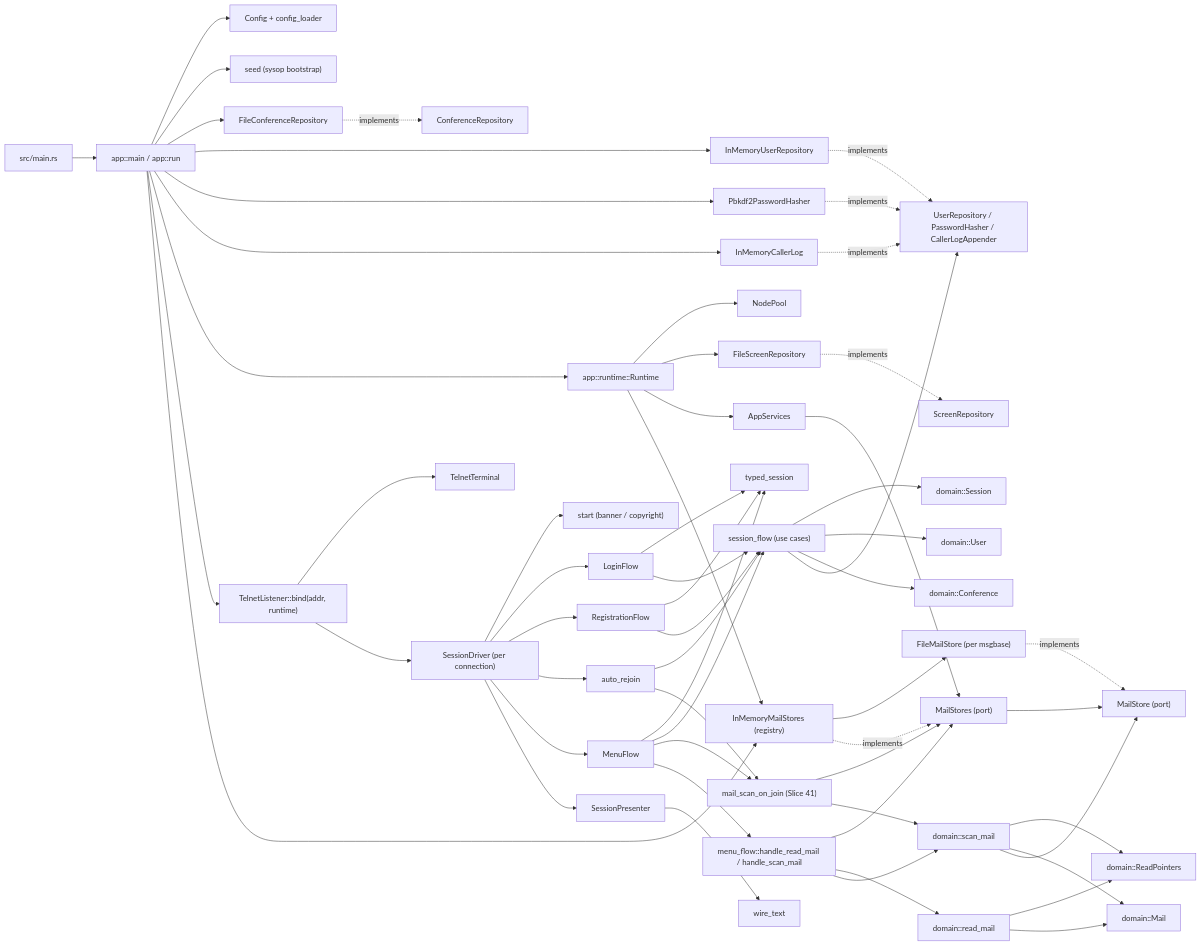
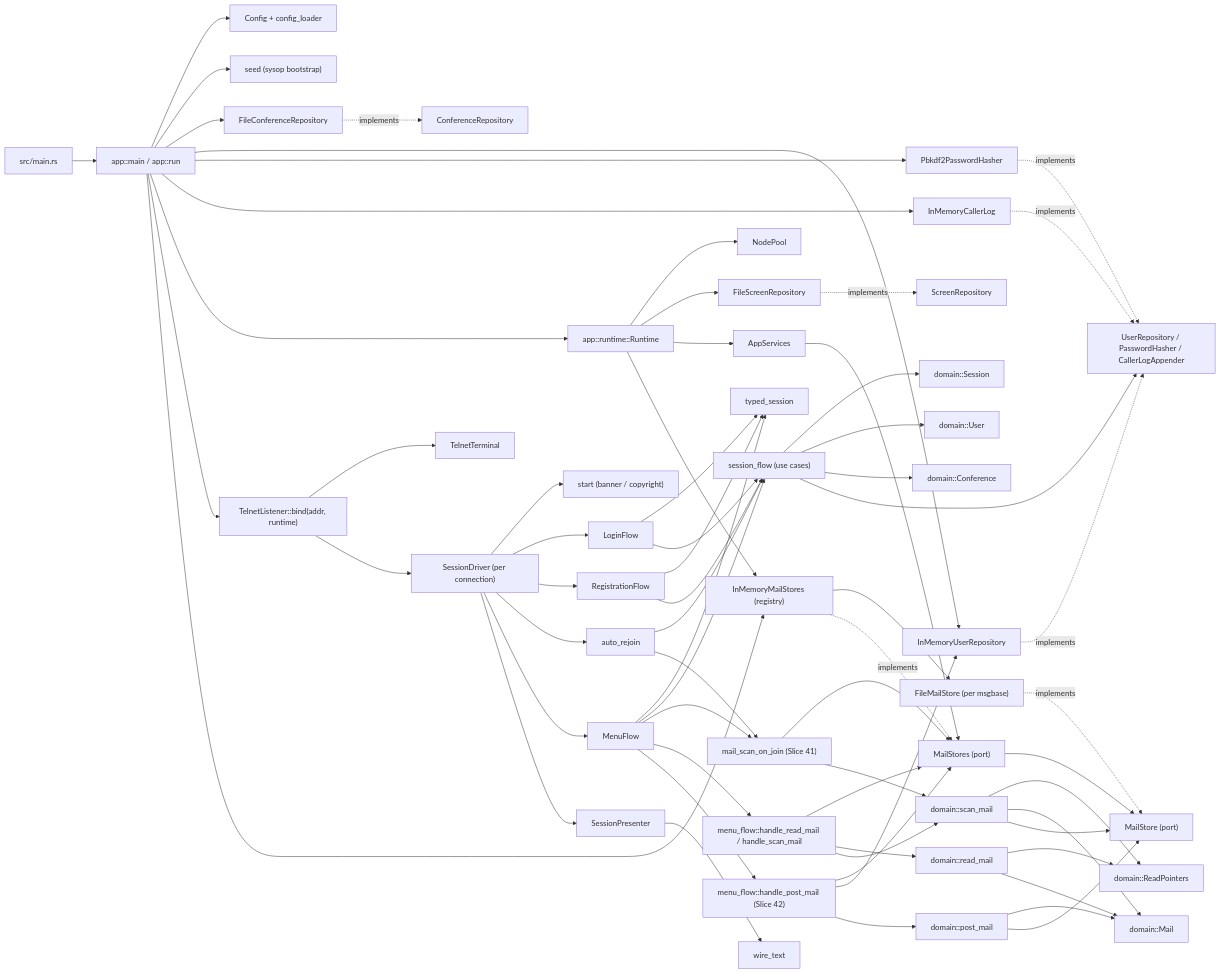
The diagram in SYSTEM.md (pingles/nextexpress), drawn with Mermaid before and after one commit. The commit also changed other lines of this file and 10 other files, not shown here.

First line of the commit message:
Slice 42: PostMail rule + `E` command (single-addressee)

````diff
--- a/SYSTEM.md
+++ b/SYSTEM.md
@@ -27,70 +27,76 @@
 ```mermaid
 flowchart LR
     Main["src/main.rs"] --> AppRun["app::main / app::run"]
 
     AppRun --> Config["Config + config_loader"]
     AppRun --> Seed["seed (sysop bootstrap)"]
     AppRun --> ConfRepo["FileConferenceRepository"]
     AppRun --> UserRepo["InMemoryUserRepository"]
     AppRun --> Hasher["Pbkdf2PasswordHasher"]
     AppRun --> CallerLog["InMemoryCallerLog"]
     AppRun --> Runtime["app::runtime::Runtime"]
 
     Runtime --> NodePool["NodePool"]
     Runtime --> Screens["FileScreenRepository"]
     Runtime --> Services["AppServices"]
 
     AppRun --> Telnet["TelnetListener::bind(addr, runtime)"]
     Telnet --> Terminal["TelnetTerminal"]
     Telnet --> Driver["SessionDriver (per connection)"]
 
     Driver --> Start["start (banner / copyright)"]
     Driver --> Login["LoginFlow"]
     Driver --> Registration["RegistrationFlow"]
     Driver --> AutoRejoin["auto_rejoin"]
     Driver --> Menu["MenuFlow"]
     Driver --> Presenter["SessionPresenter"]
 
     Login --> Typed["typed_session"]
     Registration --> Typed
     Menu --> Typed
     Login --> Flow["session_flow (use cases)"]
     Registration --> Flow
     Menu --> Flow
     AutoRejoin --> Flow
     Presenter --> WireText["wire_text"]
 
     AppRun --> MailRegistry["InMemoryMailStores (registry)"]
     MailRegistry --> FileMailStore["FileMailStore (per msgbase)"]
     Runtime --> MailRegistry
     Services --> MailStoresPort["MailStores (port)"]
     MailStoresPort --> MailPort["MailStore (port)"]
 
     AutoRejoin --> ScanOnJoin["mail_scan_on_join (Slice 41)"]
     Menu --> ScanOnJoin
     Menu --> ReadHandler["menu_flow::handle_read_mail / handle_scan_mail"]
+    Menu --> PostHandler["menu_flow::handle_post_mail (Slice 42)"]
     ReadHandler --> MailStoresPort
     ScanOnJoin --> MailStoresPort
+    PostHandler --> MailStoresPort
+    PostHandler --> UserRepo
     ReadHandler --> ReadMailRule["domain::read_mail"]
     ReadHandler --> ScanMailRule["domain::scan_mail"]
     ScanOnJoin --> ScanMailRule
+    PostHandler --> PostMailRule["domain::post_mail"]
+    PostMailRule --> Mail
+    PostMailRule --> MailPort
 
     Flow --> DomainSession["domain::Session"]
     Flow --> DomainUser["domain::User"]
     Flow --> DomainConference["domain::Conference"]
     Flow --> Ports["UserRepository / PasswordHasher / CallerLogAppender"]
     ReadMailRule --> Pointers["domain::ReadPointers"]
     ReadMailRule --> Mail["domain::Mail"]
     ScanMailRule --> Pointers
     ScanMailRule --> Mail
     ScanMailRule --> MailPort
 
     ConfRepo -.implements.-> ConfPort["ConferenceRepository"]
     UserRepo -.implements.-> Ports
     Hasher -.implements.-> Ports
     CallerLog -.implements.-> Ports
     Screens -.implements.-> ScreenPort["ScreenRepository"]
 
     MailRegistry -.implements.-> MailStoresPort
     FileMailStore -.implements.-> MailPort
 ```
````
